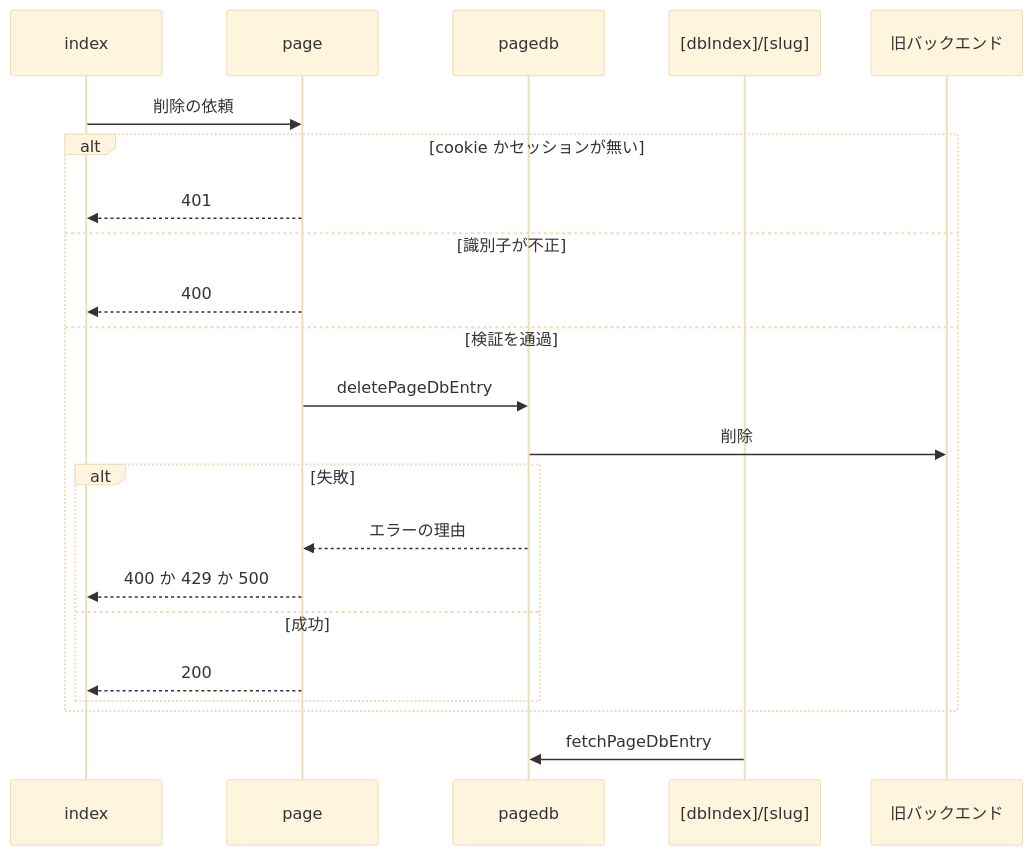
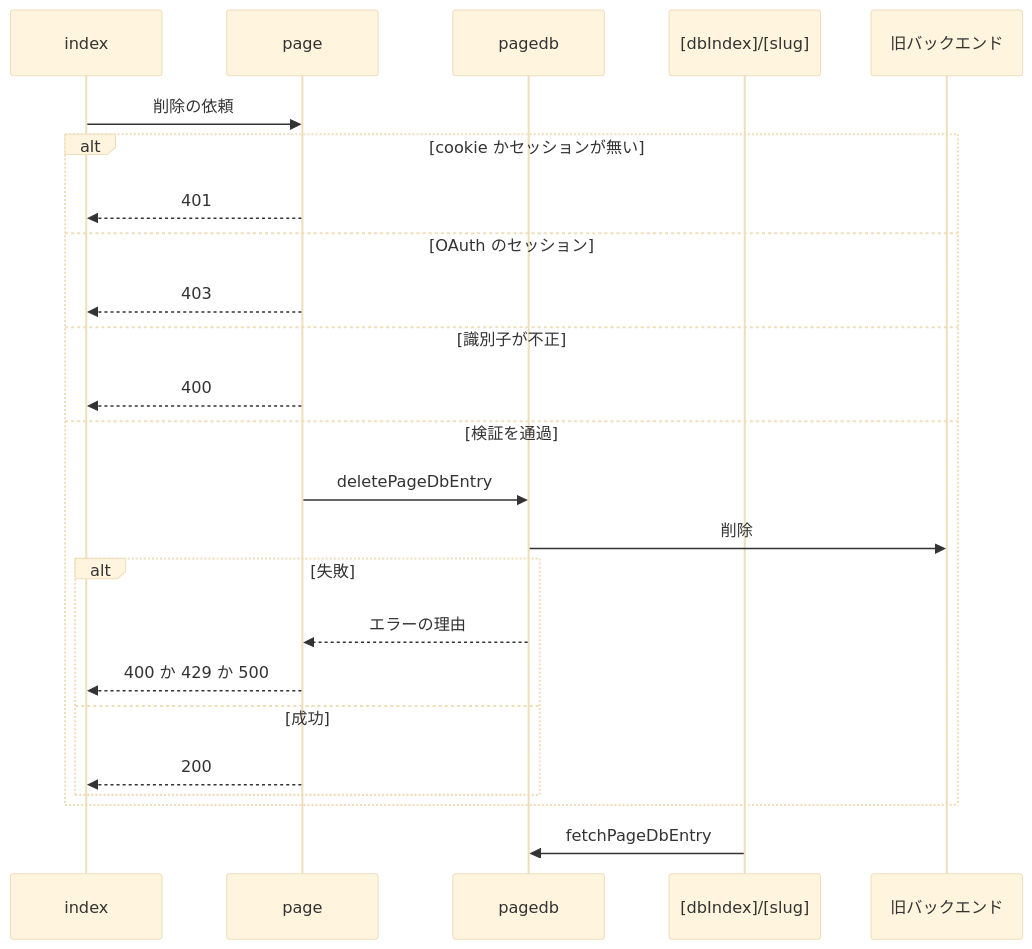
One commit to nekono-dev/skyshare changed the second of 2 diagrams in specs/legacy-page/design.md. Above: the diagram before and after it, drawn with Mermaid (base theme). The commit also changed other lines of this file and 19 other files, not shown here.

````diff
--- a/specs/legacy-page/design.md
+++ b/specs/legacy-page/design.md
@@ -32,24 +32,26 @@
 ```mermaid
 sequenceDiagram
   participant index
   participant page
   participant pagedb
   participant db as [dbIndex]/[slug]
   participant ext_legacy as 旧バックエンド
   index->>page: 削除の依頼
   alt cookie かセッションが無い
     page-->>index: 401
+  else OAuth のセッション
+    page-->>index: 403
   else 識別子が不正
     page-->>index: 400
   else 検証を通過
     page->>pagedb: deletePageDbEntry
     pagedb->>ext_legacy: 削除
     alt 失敗
       pagedb-->>page: エラーの理由
       page-->>index: 400 か 429 か 500
     else 成功
       page-->>index: 200
     end
   end
   db->>pagedb: fetchPageDbEntry
 ```
````
